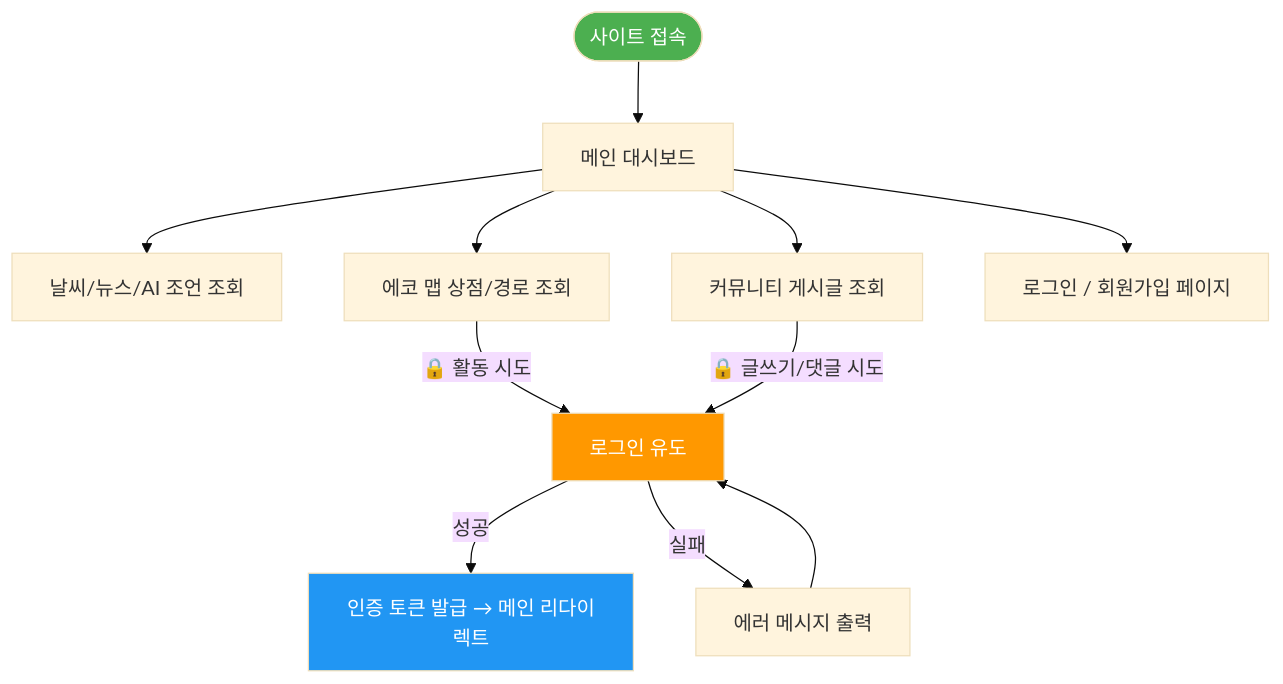
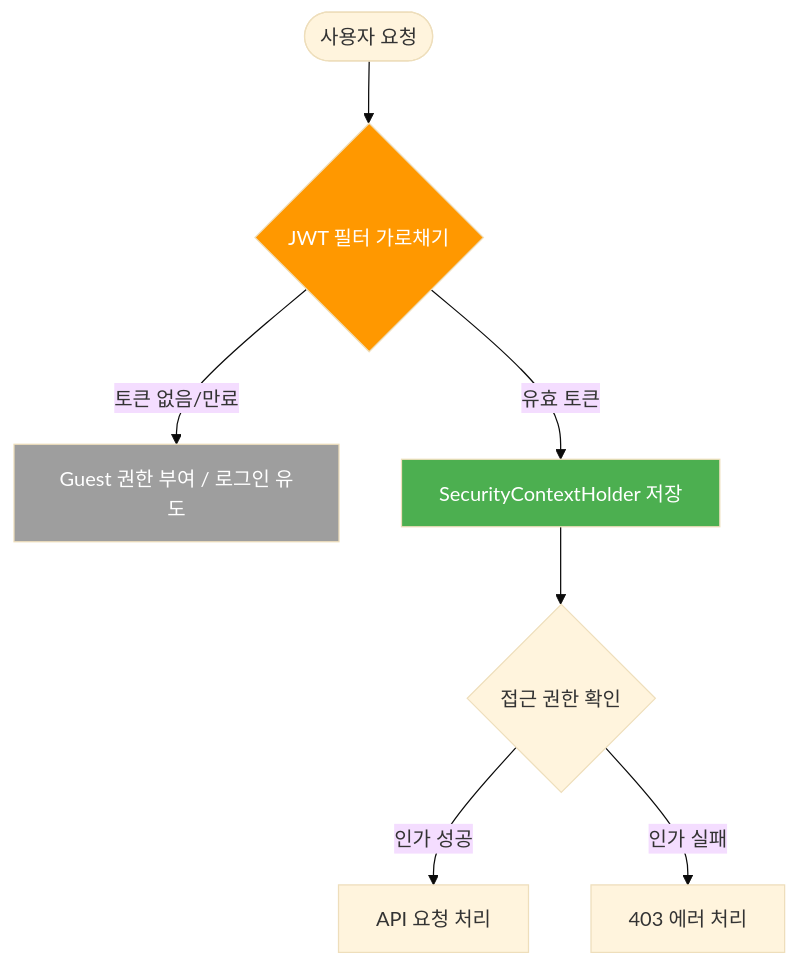
One commit to KJH-Portfolio/202602-Environmenta-Organization changed the first of 5 diagrams in userflow.md. Above: the diagram before and after it, drawn with Mermaid (base theme). The commit also changed other lines of this file and 9 other files, not shown here.

````diff
--- a/userflow.md
+++ b/userflow.md
@@ -25,21 +26,14 @@
 ```mermaid
 flowchart TD
-    START([사이트 접속]) --> MAIN[메인 대시보드]
+    START([사용자 요청]) --> FILTER{JWT 필터 가로채기}
+    FILTER -- "토큰 없음/만료" --> GUEST[Guest 권한 부여 / 로그인 유도]
+    FILTER -- "유효 토큰" --> AUTH[SecurityContextHolder 저장]
+    
+    AUTH --> ACCESS{접근 권한 확인}
+    ACCESS -- "인가 성공" --> SUCCESS[API 요청 처리]
+    ACCESS -- "인가 실패" --> FORBIDDEN[403 에러 처리]
 
-    MAIN --> M1[날씨/뉴스/AI 조언 조회]
-    MAIN --> M2[에코 맵 상점/경로 조회]
-    MAIN --> M3[커뮤니티 게시글 조회]
-    MAIN --> M4[로그인 / 회원가입 페이지]
-
-    %% 제약 사항
-    M2 -->|"🔒 활동 시도"| LOGIN[로그인 유도]
-    M3 -->|"🔒 글쓰기/댓글 시도"| LOGIN
-    
-    LOGIN -->|성공| LOGGED[인증 토큰 발급 → 메인 리다이렉트]
-    LOGIN -->|실패| FAIL[에러 메시지 출력]
-    FAIL --> LOGIN
-
-    style START fill:#4CAF50,color:#fff
-    style LOGIN fill:#FF9800,color:#fff
-    style LOGGED fill:#2196F3,color:#fff
+    style FILTER fill:#FF9800,color:#fff
+    style AUTH fill:#4CAF50,color:#fff
+    style GUEST fill:#9E9E9E,color:#fff
 ```
````
